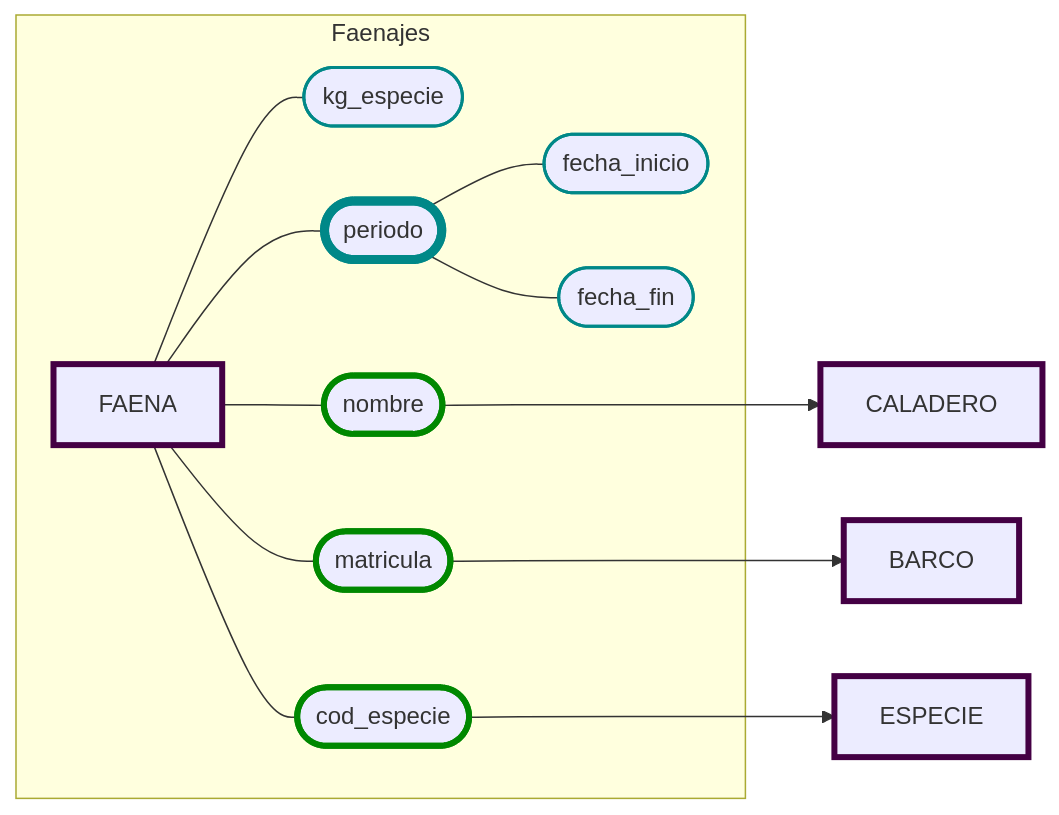
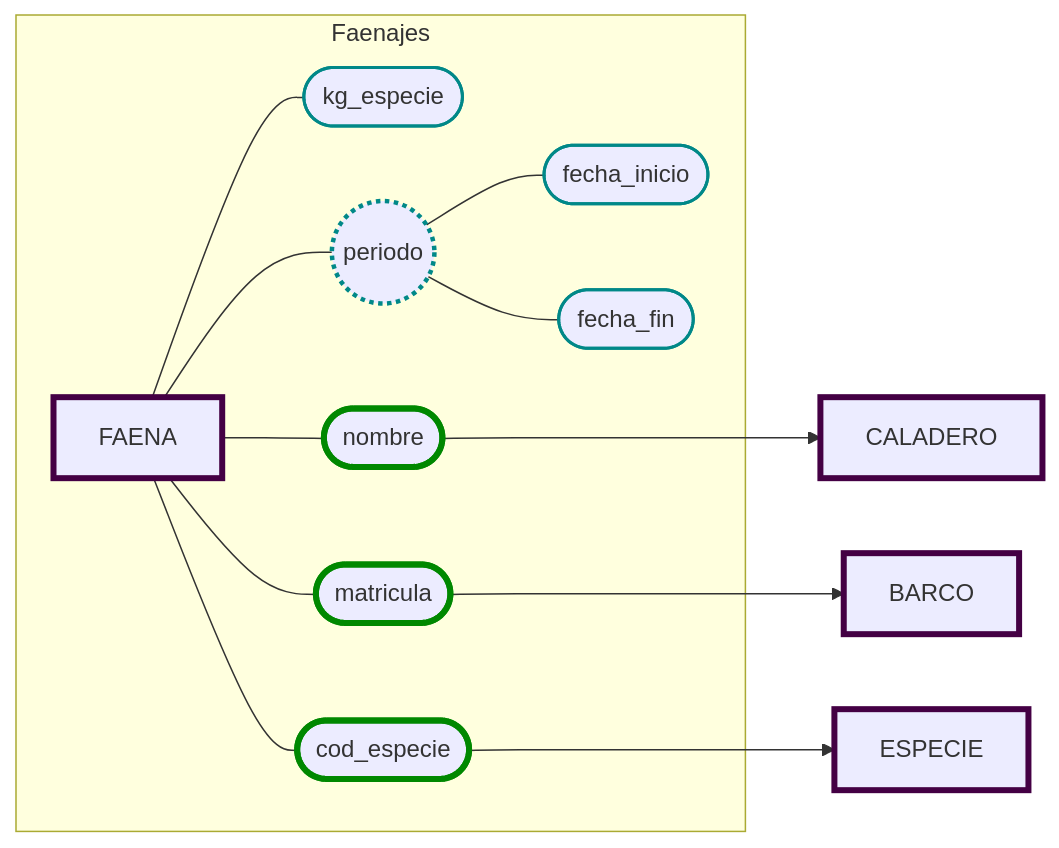
One commit to JulTob/Data changed the fifth of 10 diagrams in DataBases/lonja_DB.md. Above: the diagram before and after it, drawn with Mermaid. The commit also changed other lines of this file, not shown here.

````diff
--- a/DataBases/lonja_DB.md
+++ b/DataBases/lonja_DB.md
@@ -124,28 +125,30 @@
 ```mermaid
 flowchart LR   
   classDef atributo stroke:#088,stroke-width:2px;
-  classDef atributo_der stroke:#088,stroke-width:6px;
+  classDef derivado stroke-width:3px, stroke-dasharray:3 3;
+
   classDef pk stroke:#800,stroke-width:4px;
   classDef fk stroke:#080,stroke-width:4px;
   classDef entidad stroke:#404,stroke-width:4px;
 
   %% Atributos FAENAJE
   subgraph Faenajes
     Faena[FAENA]:::entidad
     Faena --- kg_especie([kg_especie]):::atributo 
     Faena --- nombre([nombre]):::fk 
     Faena --- matricula([matricula]):::fk 
     Faena --- cod_especie([cod_especie]):::fk
-    Faena --- periodo([periodo]):::atributo_der
+    Faena --- periodo((periodo)):::atributo
+    periodo:::derivado
     periodo --- fecha_inicio([fecha_inicio]):::atributo 
     periodo --- fecha_fin([fecha_fin]):::atributo
 
     end
   nombre ---> Caladero
   matricula ---> Barco
   cod_especie ---> Especie
 
   Caladero[CALADERO]:::entidad
   Barco[BARCO]:::entidad
   Especie[ESPECIE]:::entidad
 ```
````
